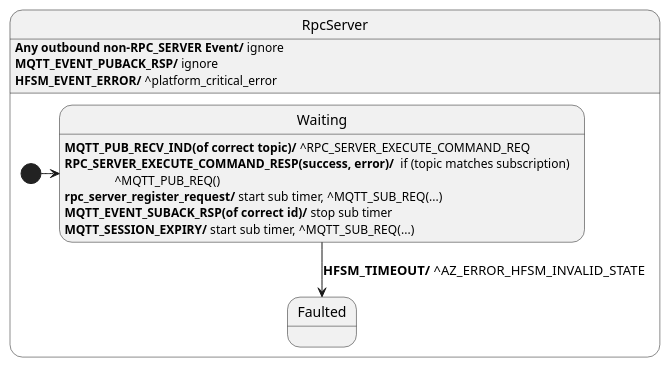
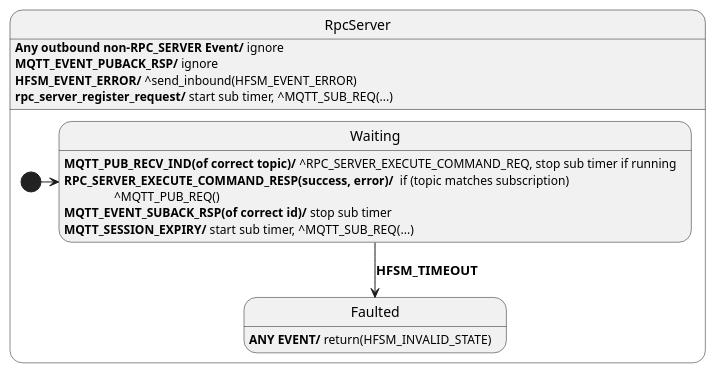
One commit to Azure/azure-sdk-for-c changed the diagram in sdk/docs/core/rpc_server.puml. Above: the diagram before and after it, drawn with PlantUML.

Commit message:
update server uml diagram

```diff
--- a/sdk/docs/core/rpc_server.puml
+++ b/sdk/docs/core/rpc_server.puml
@@ -1,22 +1,23 @@
 @startuml RPC_SERVER
 
 state RpcServer {
 
   state Waiting
-  Waiting : <b>MQTT_PUB_RECV_IND(of correct topic)/</b> ^RPC_SERVER_EXECUTE_COMMAND_REQ
+  Waiting : <b>MQTT_PUB_RECV_IND(of correct topic)/</b> ^RPC_SERVER_EXECUTE_COMMAND_REQ, stop sub timer if running
   Waiting : <b>RPC_SERVER_EXECUTE_COMMAND_RESP(success, error)/</b>  if (topic matches subscription)\n\t\t^MQTT_PUB_REQ()
-  Waiting : <b>rpc_server_register_request/</b> start sub timer, ^MQTT_SUB_REQ(...)
   Waiting : <b>MQTT_EVENT_SUBACK_RSP(of correct id)/</b> stop sub timer
   Waiting : <b>MQTT_SESSION_EXPIRY/</b> start sub timer, ^MQTT_SUB_REQ(...)
 
   state Faulted
+  Faulted : <b>ANY EVENT/</b> return(HFSM_INVALID_STATE)
 
   [*] -> Waiting
-  Waiting --> Faulted : <b>HFSM_TIMEOUT/</b> ^AZ_ERROR_HFSM_INVALID_STATE
+  Waiting --> Faulted : <b>HFSM_TIMEOUT</b>
 }
 
 RpcServer : <b>Any outbound non-RPC_SERVER Event/</b> ignore
 RpcServer : <b>MQTT_EVENT_PUBACK_RSP/</b> ignore
-RpcServer : <b>HFSM_EVENT_ERROR/</b> ^platform_critical_error
+RpcServer : <b>HFSM_EVENT_ERROR/</b> ^send_inbound(HFSM_EVENT_ERROR)
+RpcServer : <b>rpc_server_register_request/</b> start sub timer, ^MQTT_SUB_REQ(...)
 
 @enduml
```
